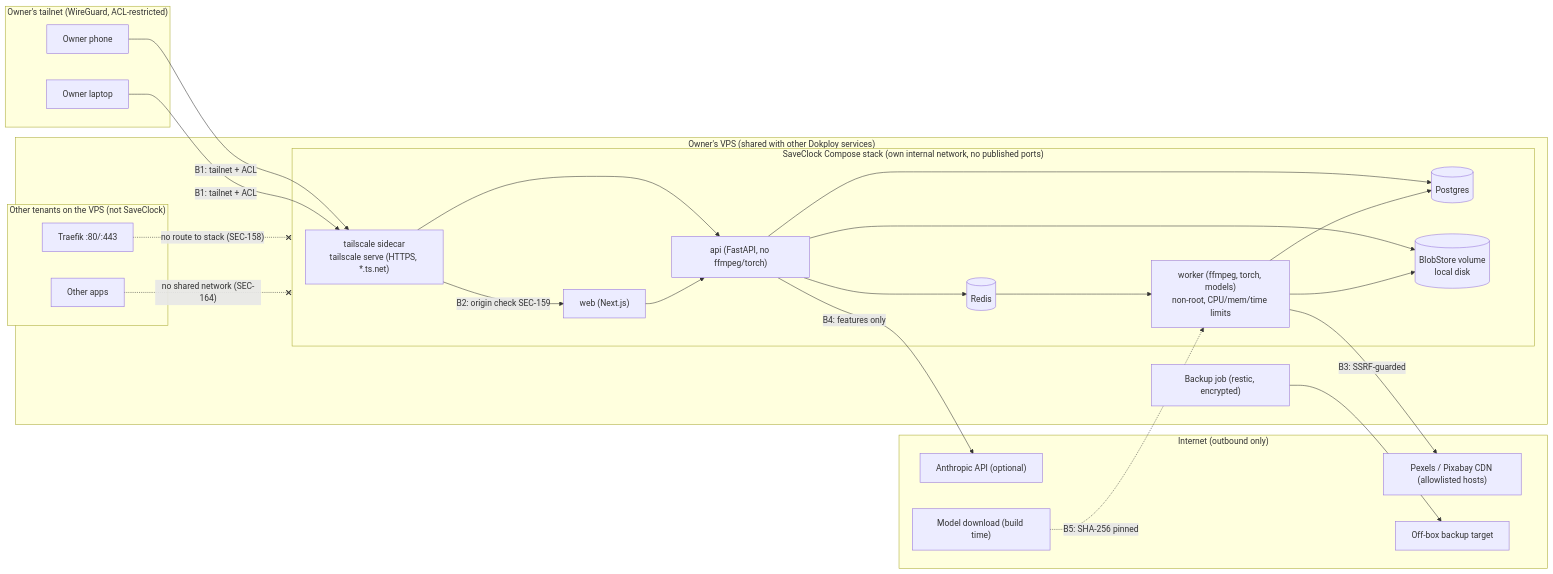
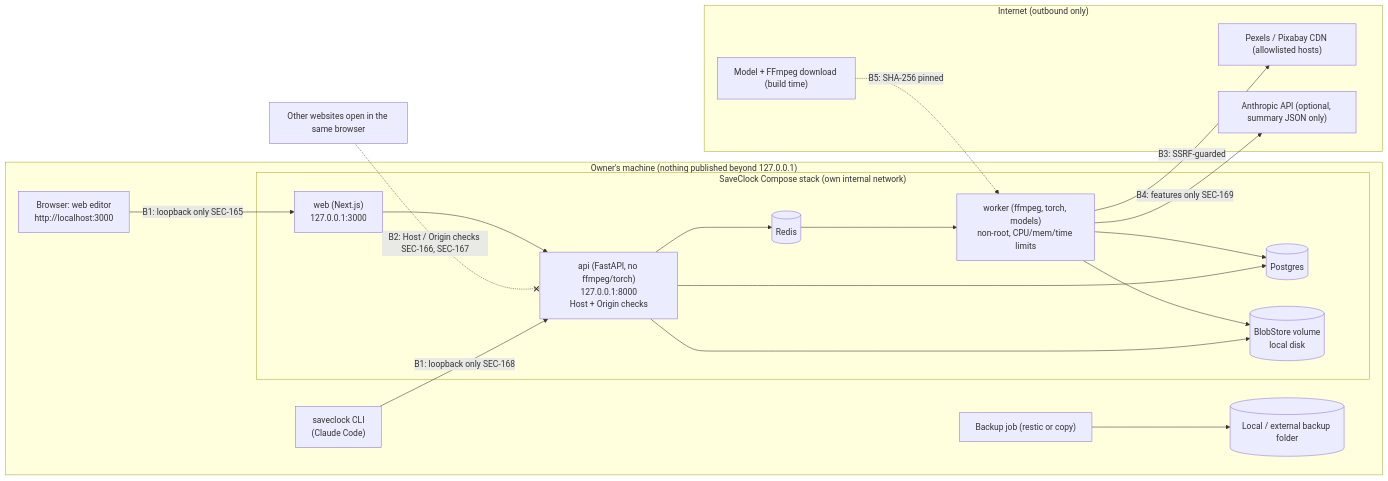
The diagram in docs/SECURITY.md (Richard-Abraham/saveclock-studio), drawn with Mermaid before and after one commit. The commit also changed other lines of this file and 13 other files, not shown here.

First line of the commit message:
Docs Rev 3.6: local-only edition, self-tuning, Phase 0 closed (GO)

````diff
--- a/docs/SECURITY.md
+++ b/docs/SECURITY.md
@@ -50,48 +52,39 @@
 ```mermaid
 flowchart LR
-  subgraph Tailnet["Owner's tailnet (WireGuard, ACL-restricted)"]
-    Phone["Owner phone"]
-    Laptop["Owner laptop"]
-  end
-
-  subgraph VPS["Owner's VPS (shared with other Dokploy services)"]
-    subgraph Other["Other tenants on the VPS (not SaveClock)"]
-      OtherSvc["Other apps"]
-      Traefik["Traefik :80/:443"]
-    end
-    subgraph Stack["SaveClock Compose stack (own internal network, no published ports)"]
-      TS["tailscale sidecar<br/>tailscale serve (HTTPS, *.ts.net)"]
-      Web["web (Next.js)"]
-      API["api (FastAPI, no ffmpeg/torch)"]
+  subgraph Machine["Owner's machine (nothing published beyond 127.0.0.1)"]
+    Browser["Browser: web editor<br/>http://localhost:3000"]
+    CLI["saveclock CLI<br/>(Claude Code)"]
+    subgraph Stack["SaveClock Compose stack (own internal network)"]
+      Web["web (Next.js)<br/>127.0.0.1:3000"]
+      API["api (FastAPI, no ffmpeg/torch)<br/>127.0.0.1:8000<br/>Host + Origin checks"]
       Worker["worker (ffmpeg, torch, models)<br/>non-root, CPU/mem/time limits"]
       PG[("Postgres")]
       RD[("Redis")]
       Blobs[("BlobStore volume<br/>local disk")]
     end
-    Backup["Backup job (restic, encrypted)"]
+    Backup["Backup job (restic or copy)"]
+    BackupDir[("Local / external backup folder")]
   end
+  Other["Other websites open in the same browser"]
 
   subgraph Ext["Internet (outbound only)"]
     Pexels["Pexels / Pixabay CDN (allowlisted hosts)"]
-    Claude["Anthropic API (optional)"]
-    Models["Model download (build time)"]
-    OffBox["Off-box backup target"]
+    Claude["Anthropic API (optional, summary JSON only)"]
+    Models["Model + FFmpeg download (build time)"]
   end
 
-  Phone & Laptop -->|"B1: tailnet + ACL"| TS
-  TS -->|"B2: origin check SEC-159"| Web
-  TS --> API
+  Browser -->|"B1: loopback only SEC-165"| Web
+  CLI -->|"B1: loopback only SEC-168"| API
+  Other -.-x|"B2: Host / Origin checks SEC-166, SEC-167"| API
   Web --> API
   API --> PG
   API --> RD
   API --> Blobs
   RD --> Worker
   Worker --> PG
   Worker --> Blobs
   Worker -->|"B3: SSRF-guarded"| Pexels
-  API -->|"B4: features only"| Claude
-  Backup --> OffBox
+  Worker -->|"B4: features only SEC-169"| Claude
+  Backup --> BackupDir
   Models -.->|"B5: SHA-256 pinned"| Worker
-  Traefik -.-x|"no route to stack (SEC-158)"| Stack
-  OtherSvc -.-x|"no shared network (SEC-164)"| Stack
 ```
````
